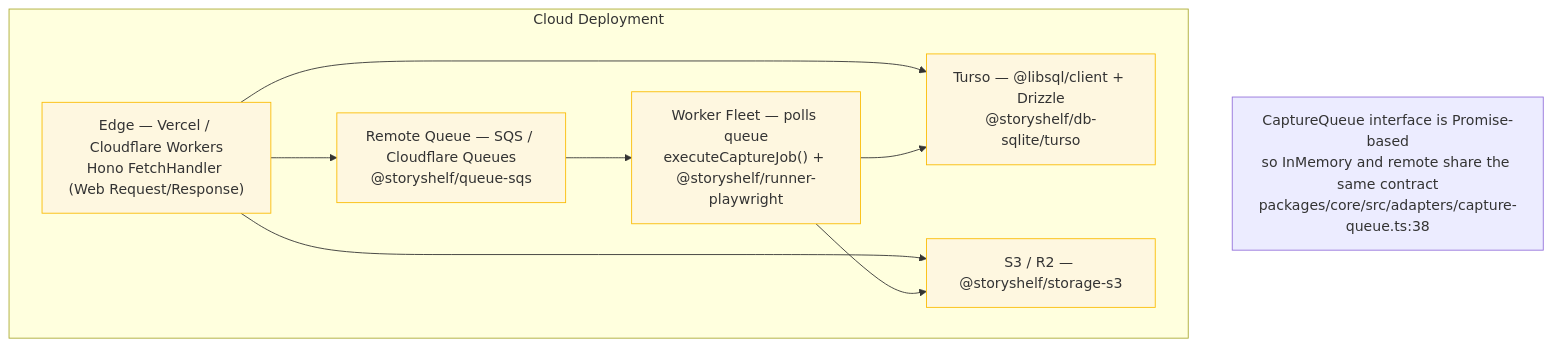
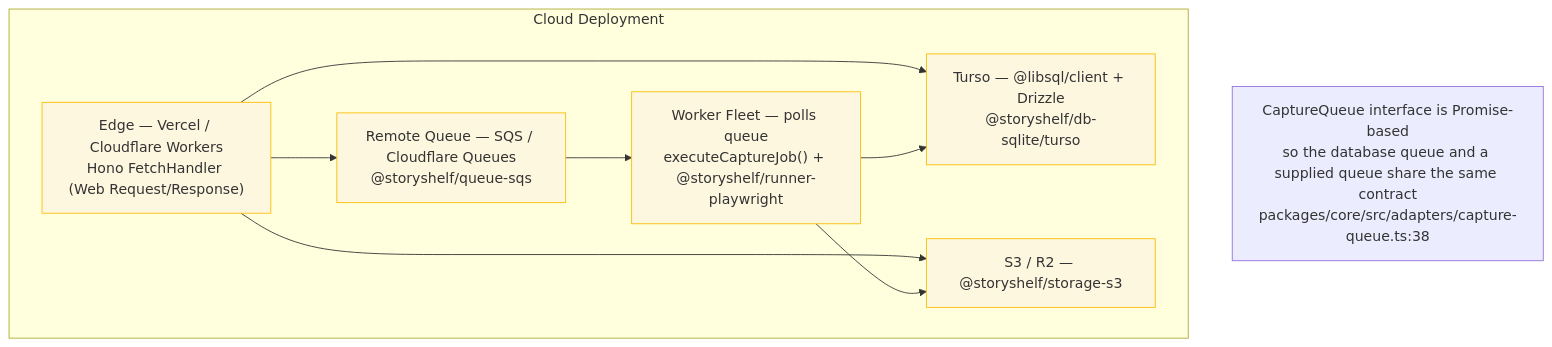
Before and after one commit to GuptaSiddhant/StoryShelf: diagram 15 of 18 in docs/architecture-diagrams.md, drawn with Mermaid. The commit also changed other lines of this file and 80 other files, not shown here.

First line of the commit message:
feat(app): cut over to the database queue, rewrite forked capture parent push

````diff
--- a/docs/architecture-diagrams.md
+++ b/docs/architecture-diagrams.md
@@ -789,21 +789,21 @@
 ```mermaid
 flowchart TB
     subgraph Cloud["Cloud Deployment"]
         Edge["Edge — Vercel / Cloudflare Workers<br/>Hono FetchHandler (Web Request/Response)"]
         Turso["Turso — @libsql/client + Drizzle<br/>@storyshelf/db-sqlite/turso"]
         S3["S3 / R2 — @storyshelf/storage-s3"]
         QRemote["Remote Queue — SQS / Cloudflare Queues<br/>@storyshelf/queue-sqs"]
         Worker["Worker Fleet — polls queue<br/>executeCaptureJob() + @storyshelf/runner-playwright"]
     end
 
     Edge --> Turso
     Edge --> S3
     Edge --> QRemote --> Worker
     Worker --> Turso
     Worker --> S3
 
-    note2["CaptureQueue interface is Promise-based<br/>so InMemory and remote share the same contract<br/>packages/core/src/adapters/capture-queue.ts:38"]
+    note2["CaptureQueue interface is Promise-based<br/>so the database queue and a supplied queue share the same contract<br/>packages/core/src/adapters/capture-queue.ts:38"]
 
     classDef cloud fill:#fef7e0,stroke:#fbbc04;
     class Edge,Turso,S3,QRemote,Worker cloud;
 ```
````
